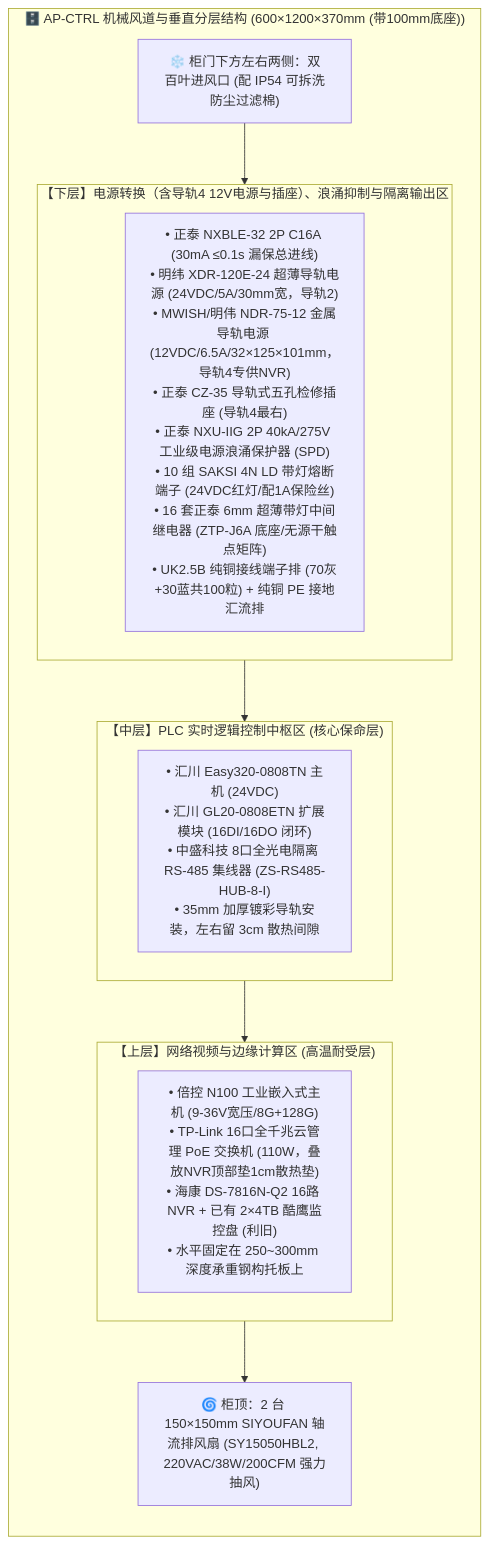
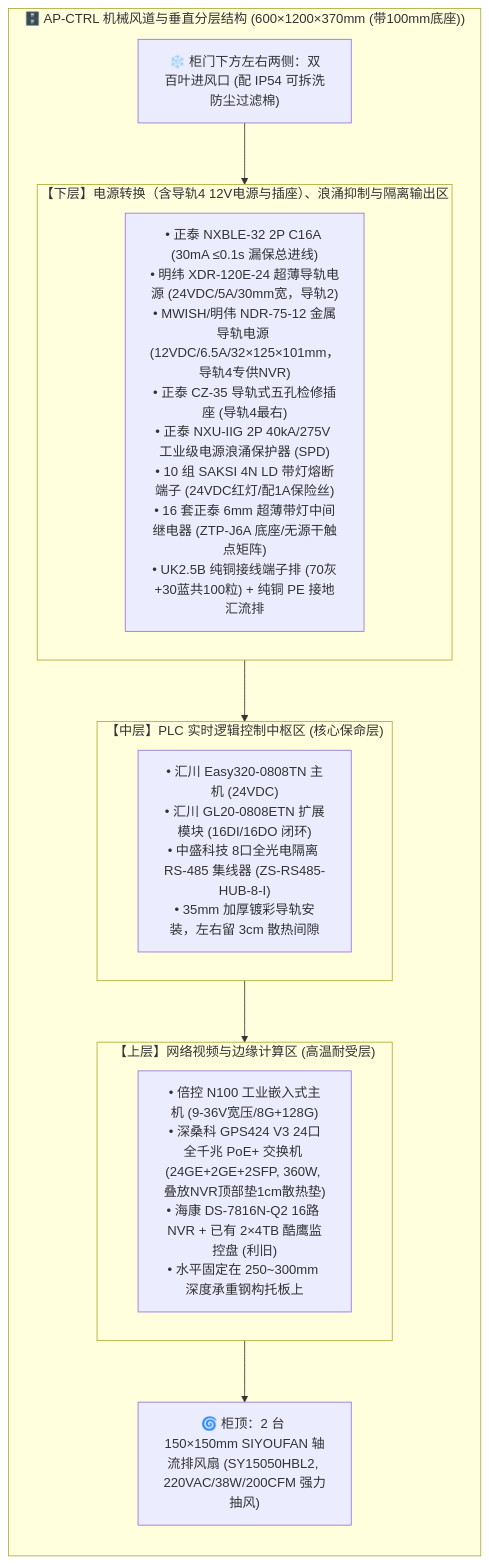
The diagram in docs/02_requirements_and_plans/03_engineering_specs/04_中央PLC智能主控制柜配盘与电气工程规范.md (digitalboy/aquaponics), drawn with Mermaid before and after one commit. The commit also changed other lines of this file and 9 other files, not shown here.

````diff
--- a/docs/02_requirements_and_plans/03_engineering_specs/04_中央PLC智能主控制柜配盘与电气工程规范.md
+++ b/docs/02_requirements_and_plans/03_engineering_specs/04_中央PLC智能主控制柜配盘与电气工程规范.md
@@ -59,26 +59,26 @@
 ```mermaid
 flowchart TD
     subgraph Cabinet ["🗄️ AP-CTRL 机械风道与垂直分层结构 (600×1200×370mm (带100mm底座))"]
         direction TB
         Fans["🌀 柜顶：2 台 150×150mm SIYOUFAN 轴流排风扇 (SY15050HBL2, 220VAC/38W/200CFM 强力抽风)"]
         
         subgraph TopLayer ["【上层】网络视频与边缘计算区 (高温耐受层)"]
-            TopNet["• 倍控 N100 工业嵌入式主机 (9-36V宽压/8G+128G)<br>• TP-Link 16口全千兆云管理 PoE 交换机 (110W，叠放NVR顶部垫1cm散热垫)<br>• 海康 DS-7816N-Q2 16路 NVR + 已有 2×4TB 酷鹰监控盘 (利旧)<br>• 水平固定在 250~300mm 深度承重钢构托板上"]
+            TopNet["• 倍控 N100 工业嵌入式主机 (9-36V宽压/8G+128G)<br>• 深桑科 GPS424 V3 24口全千兆 PoE+ 交换机 (24GE+2GE+2SFP, 360W, 叠放NVR顶部垫1cm散热垫)<br>• 海康 DS-7816N-Q2 16路 NVR + 已有 2×4TB 酷鹰监控盘 (利旧)<br>• 水平固定在 250~300mm 深度承重钢构托板上"]
         end
         
         subgraph MidLayer ["【中层】PLC 实时逻辑控制中枢区 (核心保命层)"]
             MidPLC["• 汇川 Easy320-0808TN 主机 (24VDC)<br>• 汇川 GL20-0808ETN 扩展模块 (16DI/16DO 闭环)<br>• 中盛科技 8口全光电隔离 RS-485 集线器 (ZS-RS485-HUB-8-I)<br>• 35mm 加厚镀彩导轨安装，左右留 3cm 散热间隙"]
         end
         
         subgraph BottomLayer ["【下层】电源转换（含导轨4 12V电源与插座）、浪涌抑制与隔离输出区"]
             BottomElec["• 正泰 NXBLE-32 2P C16A (30mA ≤0.1s 漏保总进线)<br>• 明纬 XDR-120E-24 超薄导轨电源 (24VDC/5A/30mm宽，导轨2)<br>• MWISH/明伟 NDR-75-12 金属导轨电源 (12VDC/6.5A/32×125×101mm，导轨4专供NVR)<br>• 正泰 CZ-35 导轨式五孔检修插座 (导轨4最右)<br>• 正泰 NXU-IIG 2P 40kA/275V 工业级电源浪涌保护器 (SPD)<br>• 10 组 SAKSI 4N LD 带灯熔断端子 (24VDC红灯/配1A保险丝)<br>• 16 套正泰 6mm 超薄带灯中间继电器 (ZTP-J6A 底座/无源干触点矩阵)<br>• UK2.5B 纯铜接线端子排 (70灰+30蓝共100粒) + 纯铜 PE 接地汇流排"]
         end
         
         Intake["❄️ 柜门下方左右两侧：双百叶进风口 (配 IP54 可拆洗防尘过滤棉)"]
         
         Intake --> BottomLayer
         BottomLayer --> MidLayer
         MidLayer --> TopLayer
         TopLayer --> Fans
     end
 ```
````
